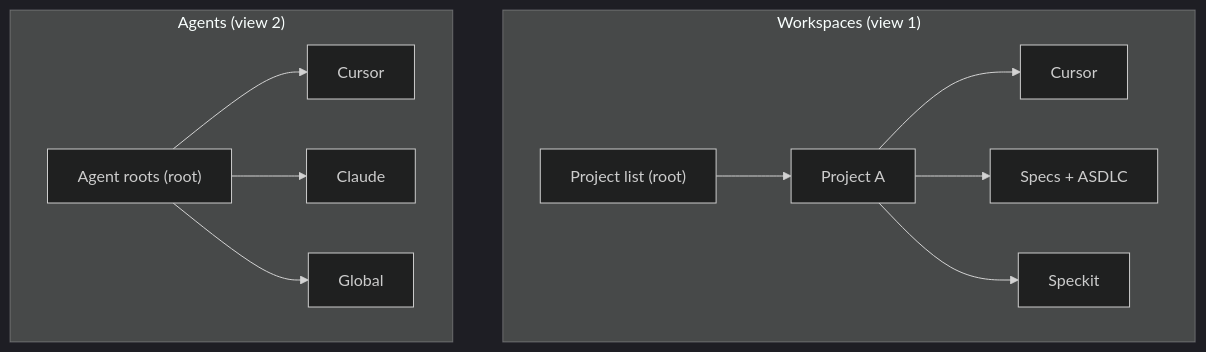
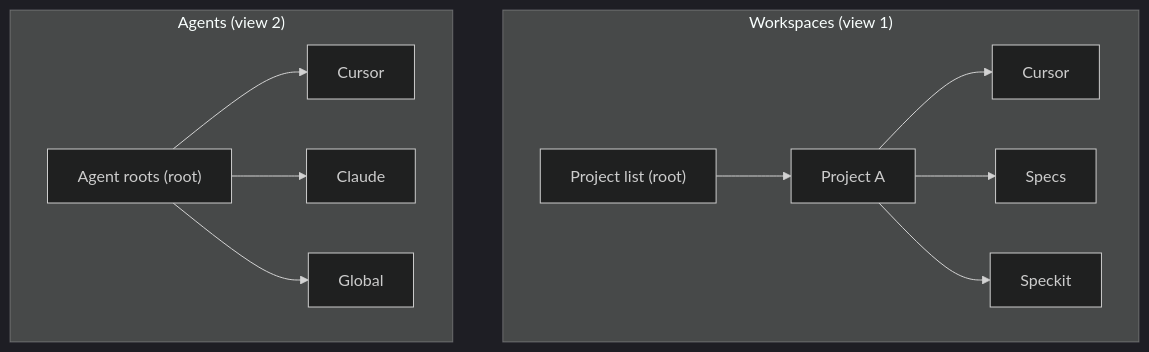
One commit to fancy-bread/agent-context-explorer changed the diagram in specs/tree-view/spec.md. Above: the diagram before and after it, drawn with Mermaid (dark theme). The commit also changed other lines of this file and 20 other files, not shown here.

````diff
--- a/specs/tree-view/spec.md
+++ b/specs/tree-view/spec.md
@@ -32,24 +32,24 @@
 ```mermaid
 graph TB
     subgraph WorkspaceView["Workspaces (view 1)"]
         WRoot["Project list (root)"]
         Proj["Project A"]
         Cursor["Cursor"]
-        Specs["Specs + ASDLC"]
+        Specs["Specs"]
         Speckit["Speckit"]
         Proj --> Cursor
         Proj --> Specs
         Proj --> Speckit
         WRoot --> Proj
     end
 
     subgraph AgentsView["Agents (view 2)"]
         ARoot["Agent roots (root)"]
         CursorNode["Cursor"]
         ClaudeNode["Claude"]
         GlobalNode["Global"]
         ARoot --> CursorNode
         ARoot --> ClaudeNode
         ARoot --> GlobalNode
     end
 ```
````
